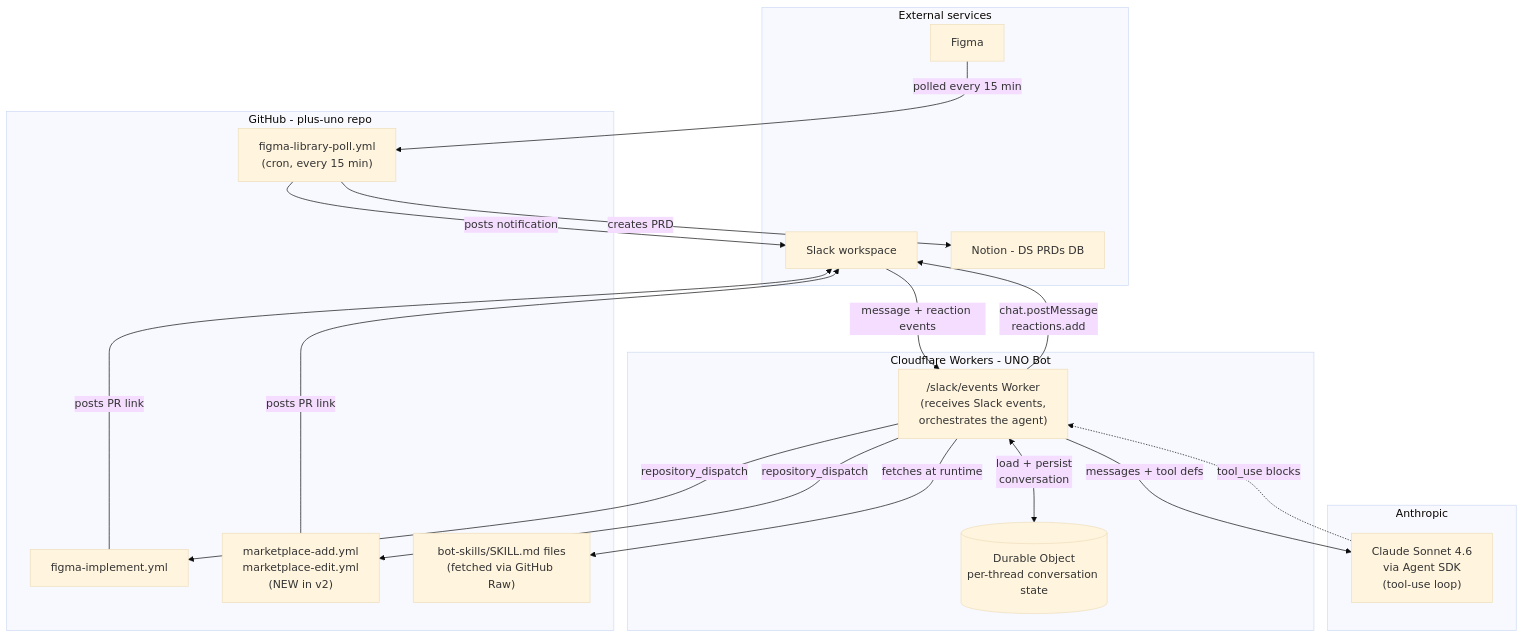
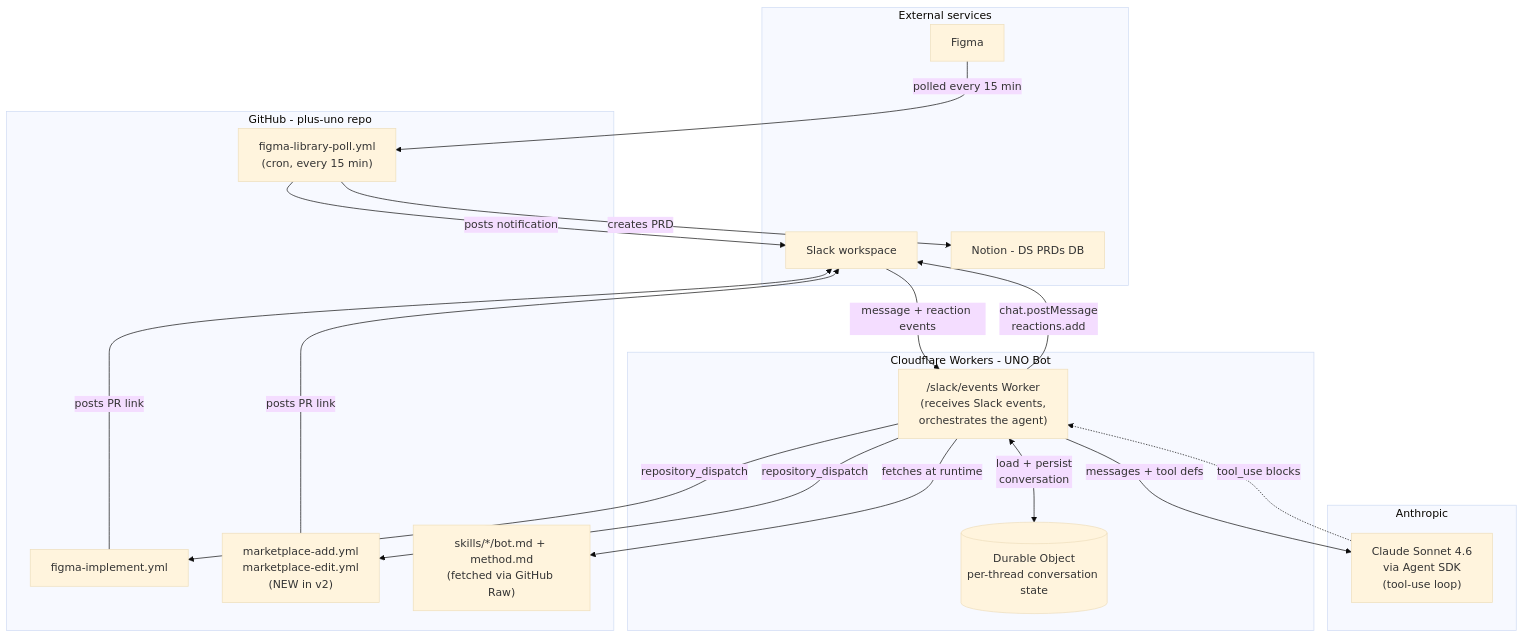
One commit to BilLogic/plus-uno changed the first of 7 diagrams in docs/context/product/uno-bot-flowcharts/uno-bot-v2-flowcharts.md. Above: the diagram before and after it, drawn with Mermaid (base theme). The commit also changed other lines of this file and 45 other files, not shown here.

````diff
--- a/docs/context/product/uno-bot-flowcharts/uno-bot-v2-flowcharts.md
+++ b/docs/context/product/uno-bot-flowcharts/uno-bot-v2-flowcharts.md
@@ -11,38 +11,38 @@
 ```mermaid
 flowchart TB
   subgraph external["External services"]
     Figma[Figma]
     Slack[Slack workspace]
     Notion[Notion - DS PRDs DB]
   end
 
   subgraph platform["Cloudflare Workers - UNO Bot"]
     Worker["/slack/events Worker<br/>(receives Slack events,<br/>orchestrates the agent)"]
     DO[("Durable Object<br/>per-thread conversation state")]
   end
 
   subgraph anthropic["Anthropic"]
     Claude["Claude Sonnet 4.6<br/>via Agent SDK<br/>(tool-use loop)"]
   end
 
   subgraph github["GitHub - plus-uno repo"]
     PollAction["figma-library-poll.yml<br/>(cron, every 15 min)"]
     ImplAction["figma-implement.yml"]
     MarketplaceAction["marketplace-add.yml<br/>marketplace-edit.yml<br/>(NEW in v2)"]
-    Skills["bot-skills/SKILL.md files<br/>(fetched via GitHub Raw)"]
+    Skills["skills/*/bot.md + method.md<br/>(fetched via GitHub Raw)"]
   end
 
   Figma -->|"polled every 15 min"| PollAction
   PollAction -->|"creates PRD"| Notion
   PollAction -->|"posts notification"| Slack
   Slack -->|"message + reaction events"| Worker
   Worker <-->|"load + persist<br/>conversation"| DO
   Worker -->|"messages + tool defs"| Claude
   Claude -.->|"tool_use blocks"| Worker
   Worker -->|"repository_dispatch"| ImplAction
   Worker -->|"repository_dispatch"| MarketplaceAction
   Worker -->|"fetches at runtime"| Skills
   Worker -->|"chat.postMessage<br/>reactions.add"| Slack
   ImplAction -->|"posts PR link"| Slack
   MarketplaceAction -->|"posts PR link"| Slack
 ```
````
